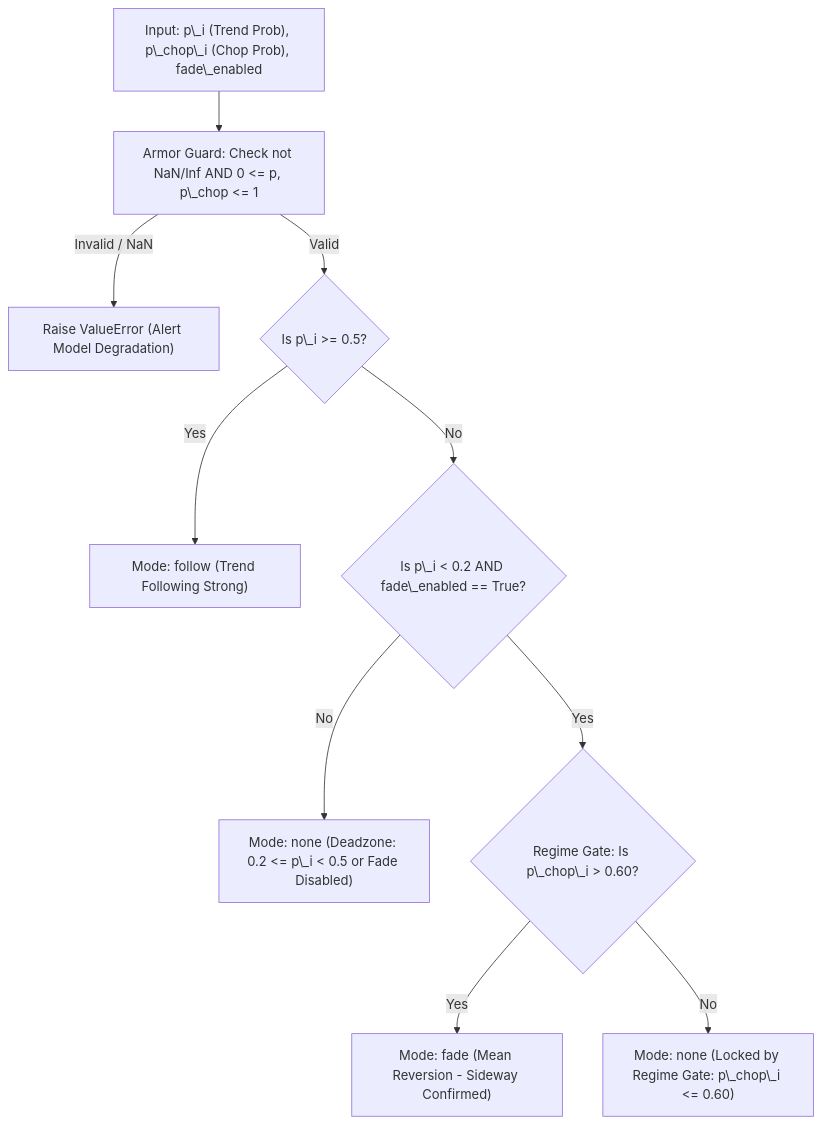
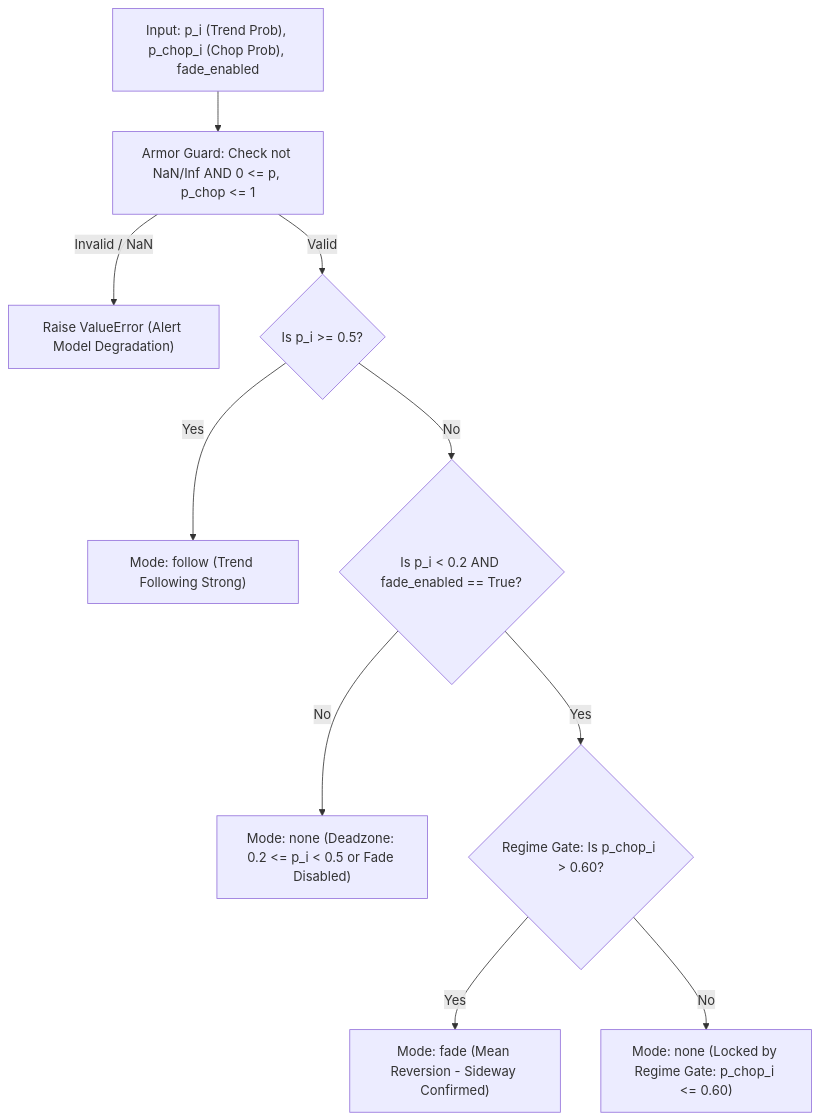
Before and after one commit to hoangcongly/1907TacticalAI: the fifth of 9 diagrams in docs/engineering_audit_and_explanation_report.md, drawn with Mermaid. The commit also changed other lines of this file, not shown here.

Commit message:
docs(fix): xử lý lỗi cú pháp render Mermaid (ngoặc đơn trong label và ký tự gạch dưới thoát)

````diff
--- a/docs/engineering_audit_and_explanation_report.md
+++ b/docs/engineering_audit_and_explanation_report.md
@@ -396,15 +396,15 @@
 ```mermaid
 flowchart TD
-    Input["Input: p\_i (Trend Prob), p\_chop\_i (Chop Prob), fade\_enabled"] --> Guard["Armor Guard: Check not NaN/Inf AND 0 <= p, p\_chop <= 1"]
+    Input["Input: p_i (Trend Prob), p_chop_i (Chop Prob), fade_enabled"] --> Guard["Armor Guard: Check not NaN/Inf AND 0 <= p, p_chop <= 1"]
     Guard -->|Invalid / NaN| Error["Raise ValueError (Alert Model Degradation)"]
-    Guard -->|Valid| FollowCheck{"Is p\_i >= 0.5?"}
+    Guard -->|Valid| FollowCheck{"Is p_i >= 0.5?"}
     
     FollowCheck -->|Yes| Follow["Mode: follow (Trend Following Strong)"]
-    FollowCheck -->|No| FadeCondCheck{"Is p\_i < 0.2 AND fade\_enabled == True?"}
+    FollowCheck -->|No| FadeCondCheck{"Is p_i < 0.2 AND fade_enabled == True?"}
     
-    FadeCondCheck -->|No| Deadzone["Mode: none (Deadzone: 0.2 <= p\_i < 0.5 or Fade Disabled)"]
-    FadeCondCheck -->|Yes| GateCheck{"Regime Gate: Is p\_chop\_i > 0.60?"}
+    FadeCondCheck -->|No| Deadzone["Mode: none (Deadzone: 0.2 <= p_i < 0.5 or Fade Disabled)"]
+    FadeCondCheck -->|Yes| GateCheck{"Regime Gate: Is p_chop_i > 0.60?"}
     
     GateCheck -->|Yes| Fade["Mode: fade (Mean Reversion - Sideway Confirmed)"]
-    GateCheck -->|No| ChopLock["Mode: none (Locked by Regime Gate: p\_chop\_i <= 0.60)"]
+    GateCheck -->|No| ChopLock["Mode: none (Locked by Regime Gate: p_chop_i <= 0.60)"]
 ```
````
